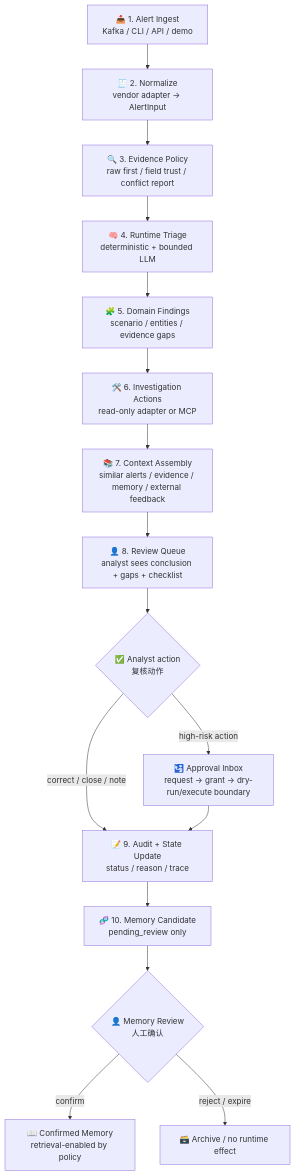
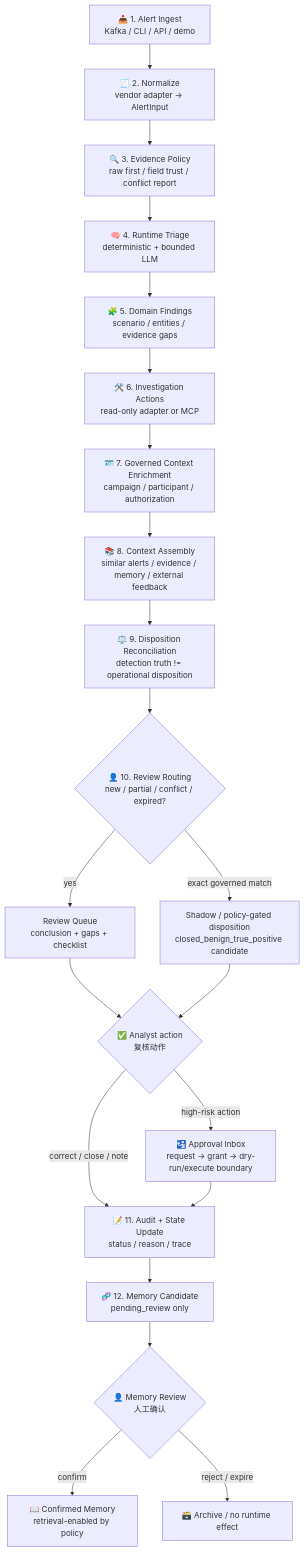
The third of 12 diagrams in .notes/ai_soc/soc-agent-solution.md (yydspanda/deer-flow), drawn with Mermaid before and after one commit. The commit also changed other lines of this file and 22 other files, not shown here.

````diff
--- a/.notes/ai_soc/soc-agent-solution.md
+++ b/.notes/ai_soc/soc-agent-solution.md
@@ -198,18 +210,23 @@
 ```mermaid
 flowchart TD
     A["📥 1. Alert Ingest<br/>Kafka / CLI / API / demo"] --> B["🧾 2. Normalize<br/>vendor adapter -> AlertInput"]
     B --> C["🔍 3. Evidence Policy<br/>raw first / field trust / conflict report"]
     C --> D["🧠 4. Runtime Triage<br/>deterministic + bounded LLM"]
     D --> E["🧩 5. Domain Findings<br/>scenario / entities / evidence gaps"]
     E --> F["🛠️ 6. Investigation Actions<br/>read-only adapter or MCP"]
-    F --> G["📚 7. Context Assembly<br/>similar alerts / evidence / memory / external feedback"]
-    G --> H["👤 8. Review Queue<br/>analyst sees conclusion + gaps + checklist"]
-    H --> I{"✅ Analyst action<br/>复核动作"}
-    I -->|"correct / close / note"| J["📝 9. Audit + State Update<br/>status / reason / trace"]
+    F --> A1["🪪 7. Governed Context Enrichment<br/>campaign / participant / authorization"]
+    A1 --> G["📚 8. Context Assembly<br/>similar alerts / evidence / memory / external feedback"]
+    G --> D1["⚖️ 9. Disposition Reconciliation<br/>detection truth != operational disposition"]
+    D1 --> H{"👤 10. Review Routing<br/>new / partial / conflict / expired?"}
+    H -->|"yes"| H1["Review Queue<br/>conclusion + gaps + checklist"]
+    H -->|"exact governed match"| H2["Shadow / policy-gated disposition<br/>closed_benign_true_positive candidate"]
+    H1 --> I{"✅ Analyst action<br/>复核动作"}
+    H2 --> I
+    I -->|"correct / close / note"| J["📝 11. Audit + State Update<br/>status / reason / trace"]
     I -->|"high-risk action"| K["🛂 Approval Inbox<br/>request -> grant -> dry-run/execute boundary"]
-    J --> L["🧬 10. Memory Candidate<br/>pending_review only"]
+    J --> L["🧬 12. Memory Candidate<br/>pending_review only"]
     K --> J
     L --> M{"👤 Memory Review<br/>人工确认"}
     M -->|"confirm"| N["📖 Confirmed Memory<br/>retrieval-enabled by policy"]
     M -->|"reject / expire"| O["🗃️ Archive / no runtime effect"]
 ```
````
